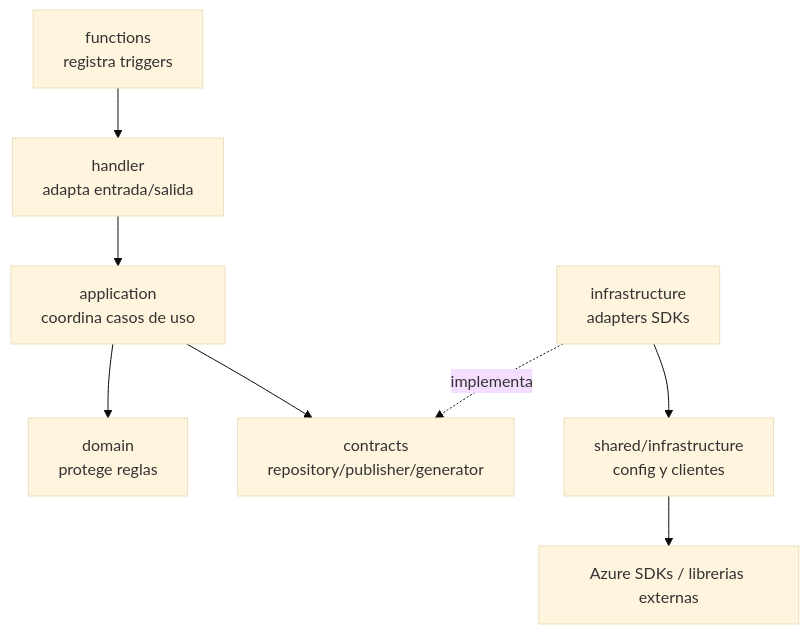
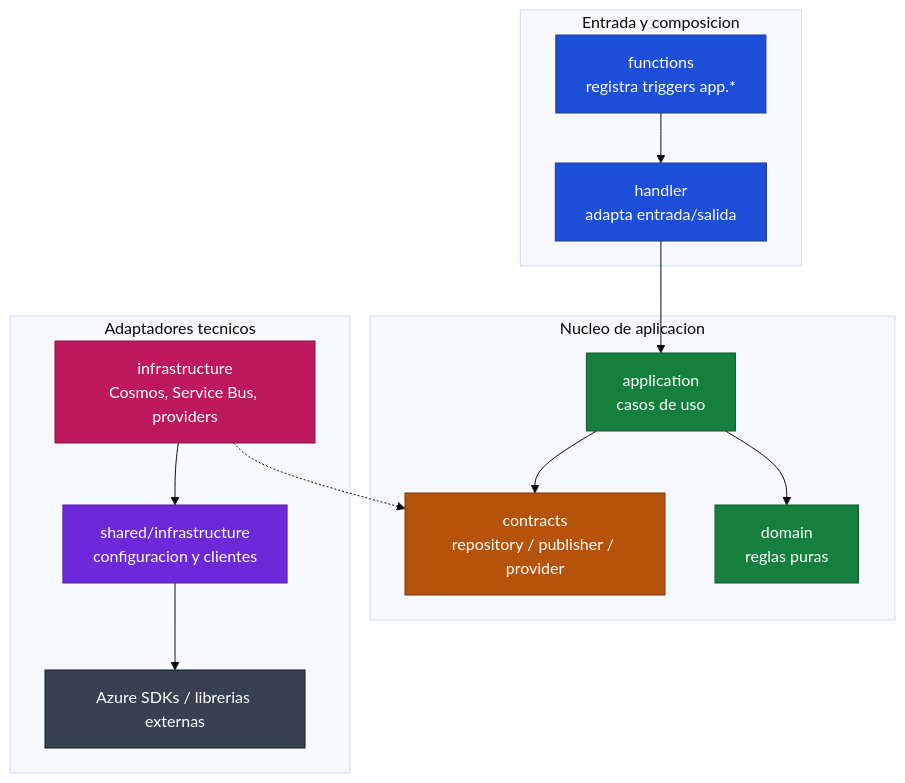
One commit to r3dp4nd/financial-reports-functions changed the third of 3 diagrams in docs/manual-buenas-practicas-src.md. Above: the diagram before and after it, drawn with Mermaid (base theme). The commit also changed other lines of this file, not shown here.

````diff
--- a/docs/manual-buenas-practicas-src.md
+++ b/docs/manual-buenas-practicas-src.md
@@ -175,19 +114,41 @@
 ```mermaid
 flowchart TD
-  Functions["functions<br/>registra triggers"]
-  Handler["handler<br/>adapta entrada/salida"]
-  Application["application<br/>coordina casos de uso"]
-  Domain["domain<br/>protege reglas"]
-  Contracts["contracts<br/>repository/publisher/generator"]
-  Infrastructure["infrastructure<br/>adapters SDKs"]
-  Shared["shared/infrastructure<br/>config y clientes"]
-  SDKs["Azure SDKs / librerias externas"]
+  subgraph Entry["Entrada y composicion"]
+    Functions["functions<br/>registra triggers app.*"]
+    Handler["handler<br/>adapta entrada/salida"]
+  end
+
+  subgraph Core["Nucleo de aplicacion"]
+    Application["application<br/>casos de uso"]
+    Domain["domain<br/>reglas puras"]
+    Contracts["contracts<br/>repository / publisher / provider"]
+  end
+
+  subgraph Adapters["Adaptadores tecnicos"]
+    Infrastructure["infrastructure<br/>Cosmos, Service Bus, providers"]
+    Shared["shared/infrastructure<br/>configuracion y clientes"]
+    SDKs["Azure SDKs / librerias externas"]
+  end
 
   Functions --> Handler
   Handler --> Application
   Application --> Domain
   Application --> Contracts
-  Infrastructure -. implementa .-> Contracts
+  Infrastructure -.-> Contracts
   Infrastructure --> Shared
   Shared --> SDKs
+
+  classDef entry fill:#1D4ED8,stroke:#1E3A8A,color:#FFFFFF
+  classDef core fill:#15803D,stroke:#14532D,color:#FFFFFF
+  classDef contract fill:#B45309,stroke:#78350F,color:#FFFFFF
+  classDef adapter fill:#BE185D,stroke:#831843,color:#FFFFFF
+  classDef shared fill:#6D28D9,stroke:#4C1D95,color:#FFFFFF
+  classDef external fill:#374151,stroke:#111827,color:#FFFFFF
+
+  class Functions,Handler entry
+  class Application,Domain core
+  class Contracts contract
+  class Infrastructure adapter
+  class Shared shared
+  class SDKs external
 ```
````
